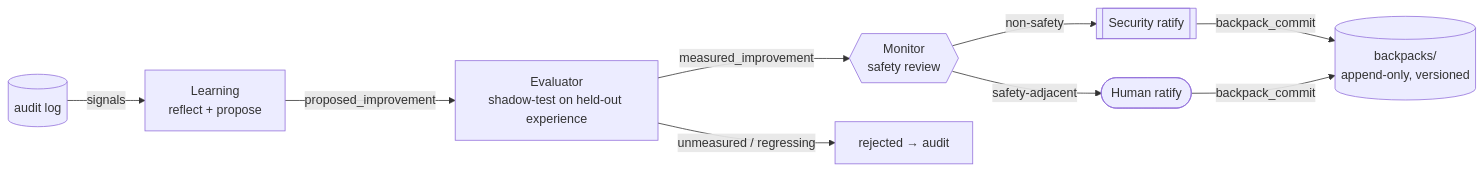
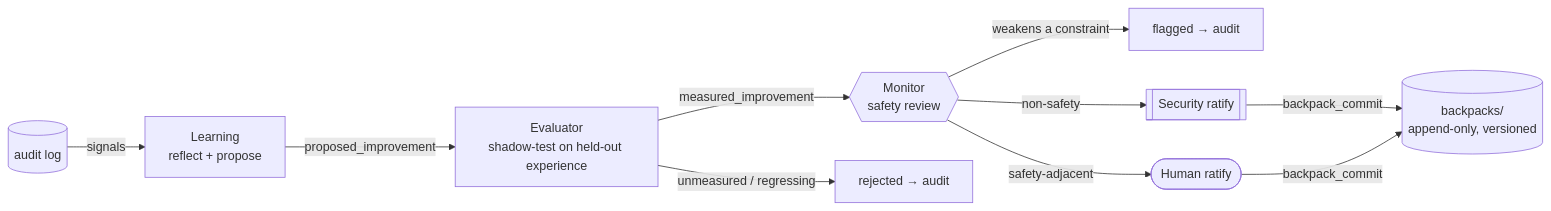
The fourth of 4 diagrams in README.md (CoeusInstitute/Polos), drawn with Mermaid before and after one commit. The commit also changed other lines of this file, not shown here.

First line of the commit message:
docs: fix README flow diagrams and rework the build on-ramp

````diff
--- a/README.md
+++ b/README.md
@@ -171,10 +194,11 @@
 ```mermaid
 flowchart LR
     AU[(audit log)] -->|signals| L[Learning<br/>reflect + propose]
     L -->|proposed_improvement| E[Evaluator<br/>shadow-test on held-out experience]
     E -->|measured_improvement| M{{Monitor<br/>safety review}}
     E -->|unmeasured / regressing| RJ[rejected → audit]
+    M -->|weakens a constraint| FL[flagged → audit]
     M -->|non-safety| S[[Security ratify]]
     M -->|safety-adjacent| HU([Human ratify])
     S & HU -->|backpack_commit| BP[(backpacks/<br/>append-only, versioned)]
 ```
````
